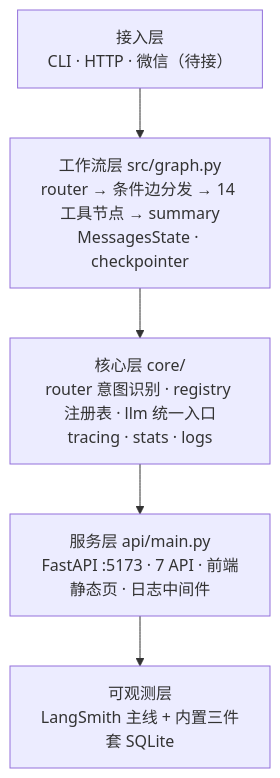
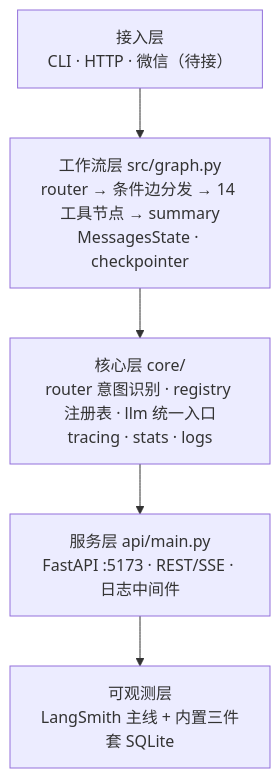
Before and after one commit to shixuanaa11/brainflow: the first of 2 diagrams in README.md, drawn with Mermaid. The commit also changed other lines of this file and 24 other files, not shown here.

````diff
--- a/README.md
+++ b/README.md
@@ -143,12 +144,12 @@
 ```mermaid
 flowchart TB
     ENTRY[接入层<br/>CLI · HTTP · 微信（待接）]
     WF[工作流层 src/graph.py<br/>router → 条件边分发 → 14 工具节点 → summary<br/>MessagesState · checkpointer]
     CORE[核心层 core/<br/>router 意图识别 · registry 注册表 · llm 统一入口<br/>tracing · stats · logs]
-    API[服务层 api/main.py<br/>FastAPI :5173 · 7 API · 前端静态页 · 日志中间件]
+    API[服务层 api/main.py<br/>FastAPI :5173 · REST/SSE · 日志中间件]
     OBS[可观测层<br/>LangSmith 主线 + 内置三件套 SQLite]
     ENTRY --> WF
     WF --> CORE
     CORE --> API
     API --> OBS
 ```
````
